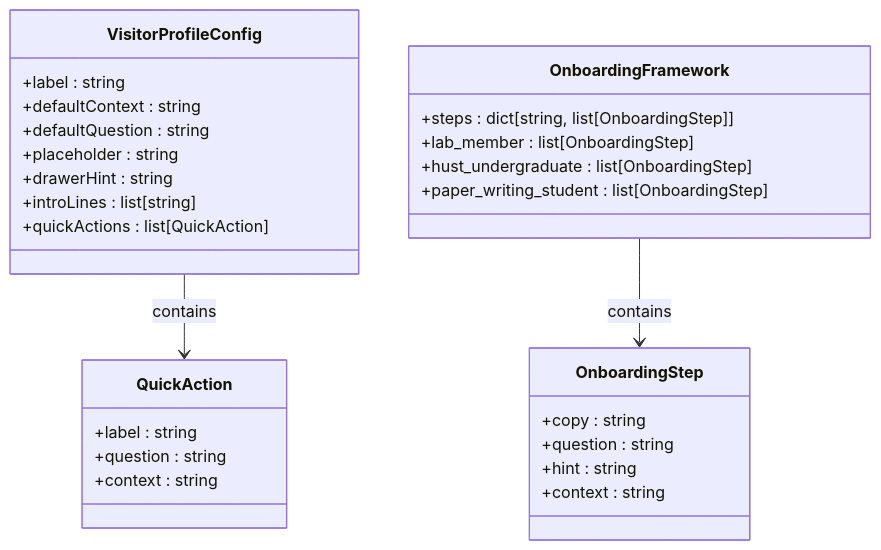
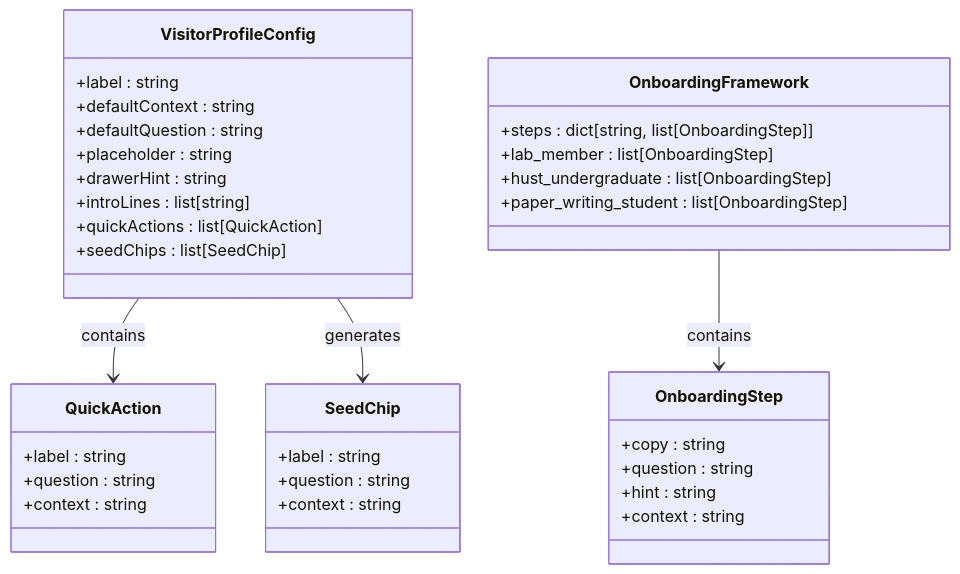
The fourth of 19 diagrams in .qoder/repowiki/en/content/Core Components/Integrated Account Management View.md (intellistream/sage-mate), drawn with Mermaid before and after one commit. The commit also changed other lines of this file and 121 other files, not shown here.

````diff
--- a/.qoder/repowiki/en/content/Core Components/Integrated Account Management View.md
+++ b/.qoder/repowiki/en/content/Core Components/Integrated Account Management View.md
@@ -201,31 +202,38 @@
 ```mermaid
 classDiagram
 class VisitorProfileConfig {
 +label : string
 +defaultContext : string
 +defaultQuestion : string
 +placeholder : string
 +drawerHint : string
 +introLines : list[string]
 +quickActions : list[QuickAction]
++seedChips : list[SeedChip]
 }
 class QuickAction {
++label : string
++question : string
++context : string
+}
+class SeedChip {
 +label : string
 +question : string
 +context : string
 }
 class OnboardingFramework {
 +steps : dict[string, list[OnboardingStep]]
 +lab_member : list[OnboardingStep]
 +hust_undergraduate : list[OnboardingStep]
 +paper_writing_student : list[OnboardingStep]
 }
 class OnboardingStep {
 +copy : string
 +question : string
 +hint : string
 +context : string
 }
 VisitorProfileConfig --> QuickAction : contains
+VisitorProfileConfig --> SeedChip : generates
 OnboardingFramework --> OnboardingStep : contains
 ```
````
